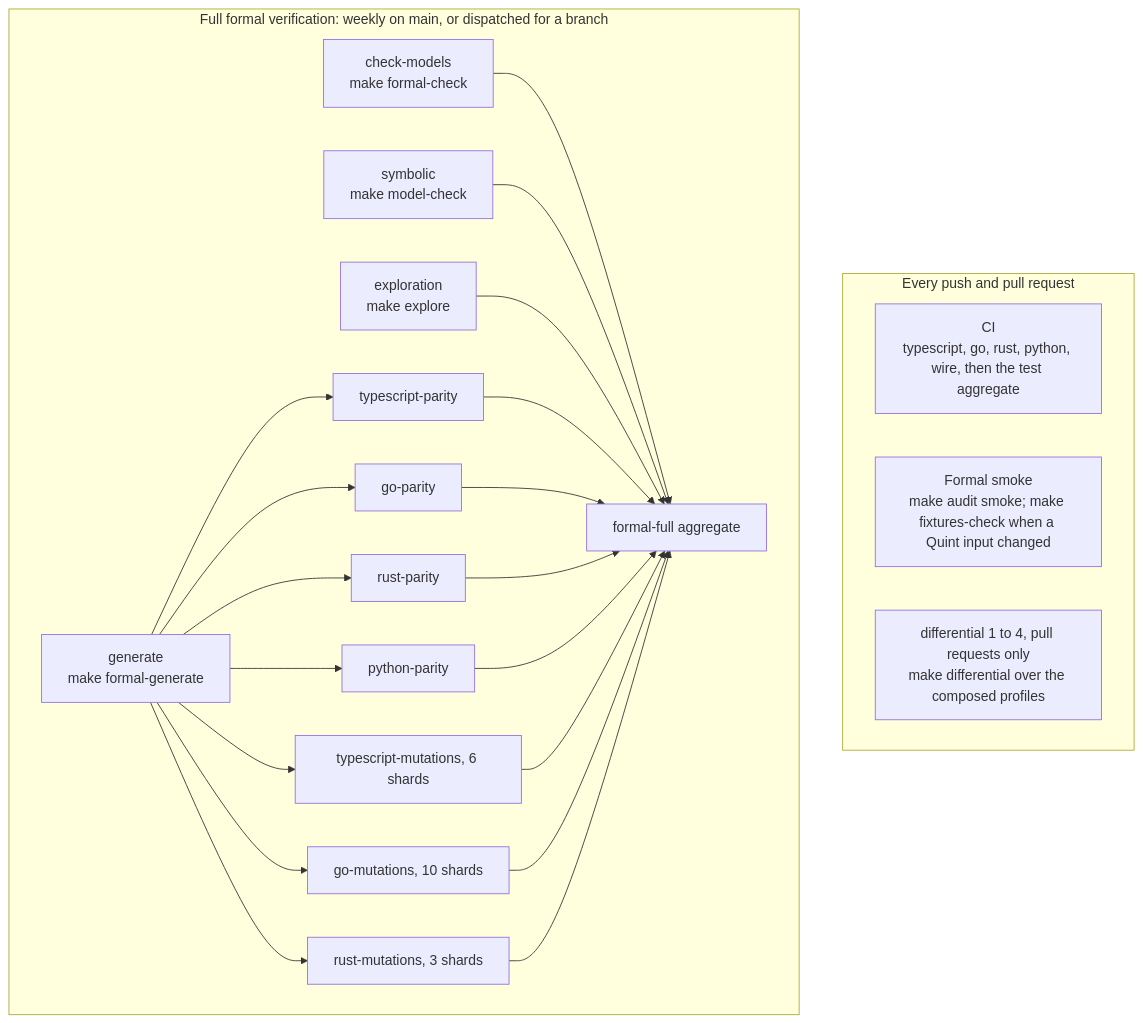
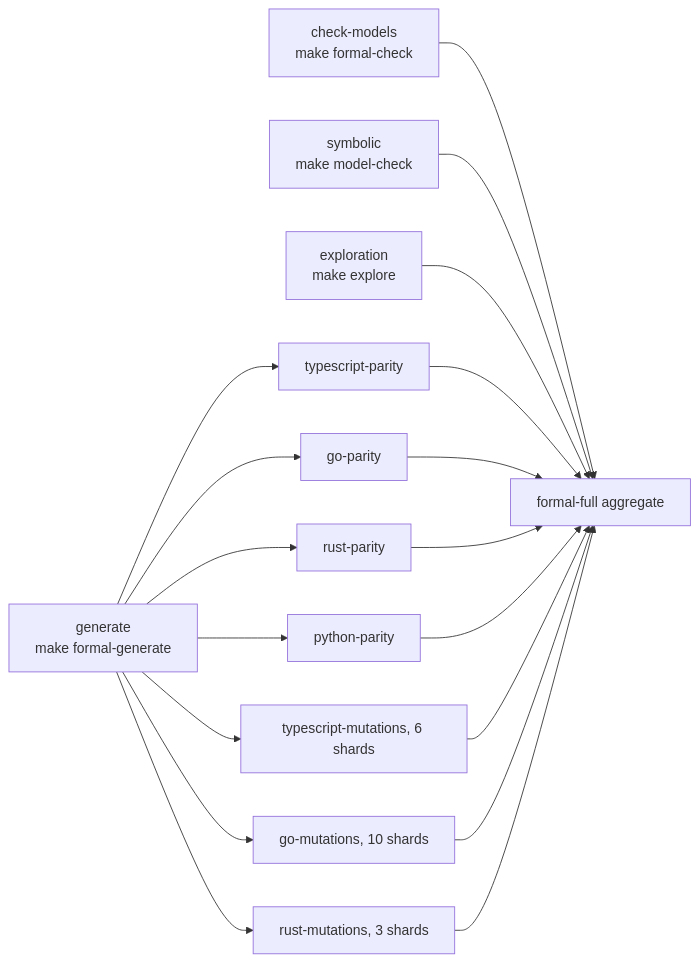
One commit to lan17/DialCache changed the second of 2 diagrams in formal/README.md. Above: the diagram before and after it, drawn with Mermaid. The commit also changed other lines of this file and 1 other file, not shown here.

First line of the commit message:
docs(formal): lay the README diagrams out left to right

````diff
--- a/formal/README.md
+++ b/formal/README.md
@@ -241,17 +236,10 @@
 ```mermaid
-flowchart TB
-  subgraph pr ["Every push and pull request"]
-    CI["CI<br/>typescript, go, rust, python, wire, then the test aggregate"]
-    SM["Formal smoke<br/>make audit smoke; make fixtures-check when a Quint input changed"]
-    DF["differential 1 to 4, pull requests only<br/>make differential over the composed profiles"]
-  end
-  subgraph full ["Full formal verification: weekly on main, or dispatched for a branch"]
-    CM["check-models<br/>make formal-check"]
-    GE["generate<br/>make formal-generate"]
-    SY["symbolic<br/>make model-check"]
-    EX["exploration<br/>make explore"]
-    GE --> TP["typescript-parity"] & GP["go-parity"] & RP["rust-parity"] & PP["python-parity"]
-    GE --> TM["typescript-mutations, 6 shards"] & GM["go-mutations, 10 shards"] & RMU["rust-mutations, 3 shards"]
-    CM & SY & EX & TP & GP & RP & PP & TM & GM & RMU --> AG["formal-full aggregate"]
-  end
+flowchart LR
+  CM["check-models<br/>make formal-check"]
+  GE["generate<br/>make formal-generate"]
+  SY["symbolic<br/>make model-check"]
+  EX["exploration<br/>make explore"]
+  GE --> TP["typescript-parity"] & GP["go-parity"] & RP["rust-parity"] & PP["python-parity"]
+  GE --> TM["typescript-mutations, 6 shards"] & GM["go-mutations, 10 shards"] & RMU["rust-mutations, 3 shards"]
+  CM & SY & EX & TP & GP & RP & PP & TM & GM & RMU --> AG["formal-full aggregate"]
 ```
````
